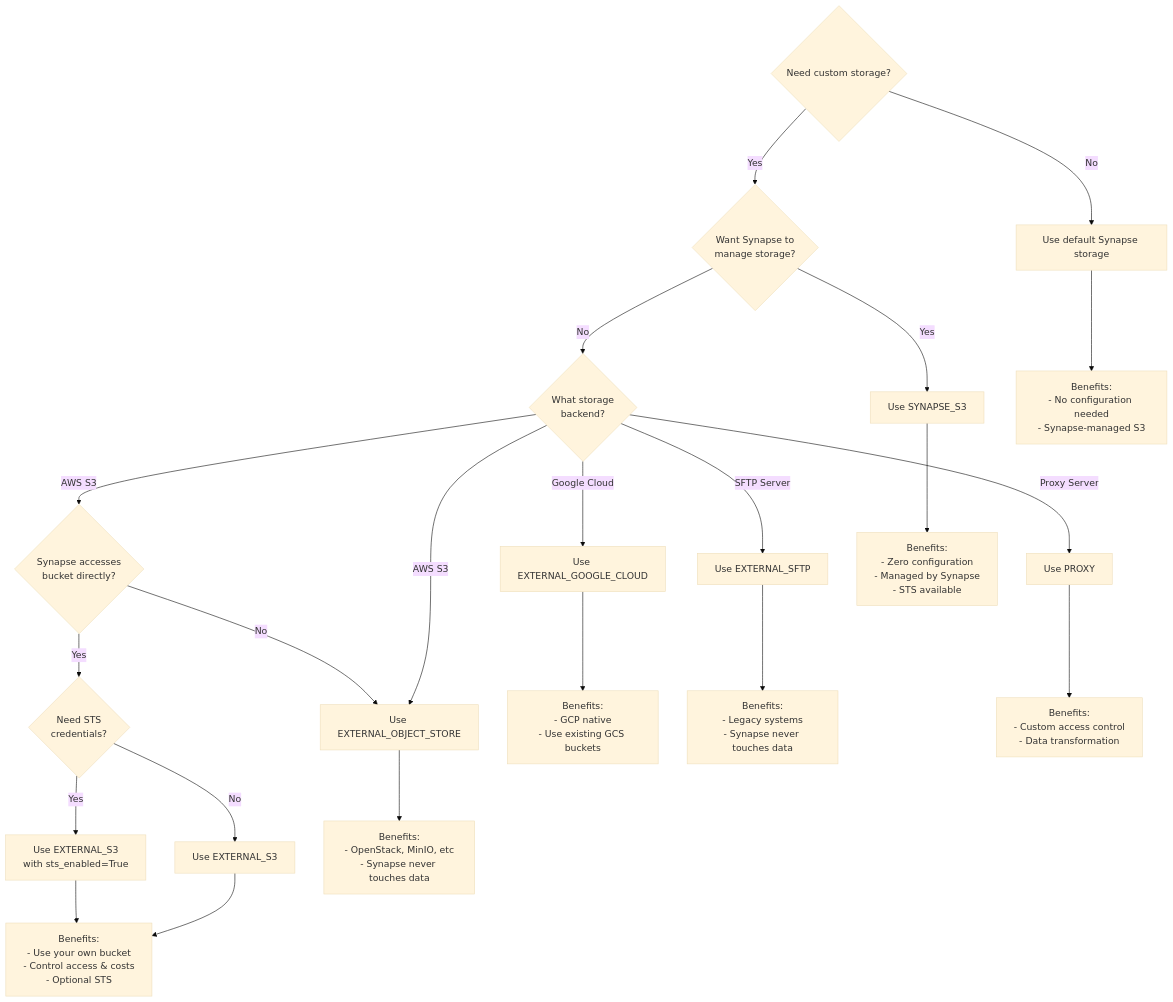
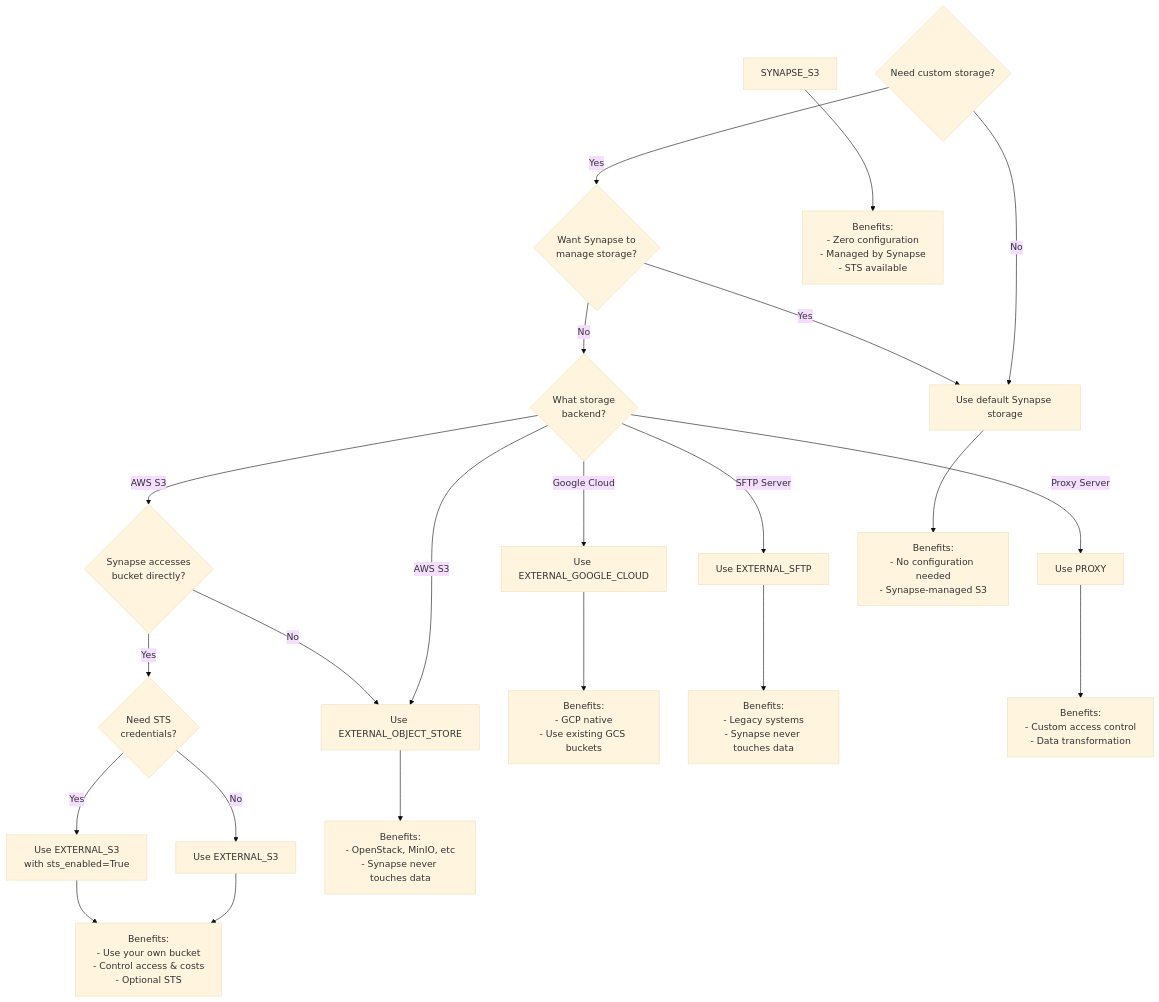
One commit to Sage-Bionetworks/synapsePythonClient changed the third of 10 diagrams in docs/explanations/storage_location_architecture.md. Above: the diagram before and after it, drawn with Mermaid (base theme). The commit also changed other lines of this file and 3 other files, not shown here.

````diff
--- a/docs/explanations/storage_location_architecture.md
+++ b/docs/explanations/storage_location_architecture.md
@@ -271,30 +271,30 @@
 ```mermaid
 flowchart TB
     Start{Need custom storage?}
     Start -->|No| DEFAULT[Use default Synapse storage]
     Start -->|Yes| Q1{Want Synapse to<br/>manage storage?}
 
-    Q1 -->|Yes| SYNAPSE_S3[Use SYNAPSE_S3]
+    Q1 -->|Yes| DEFAULT[Use default Synapse storage]
     Q1 -->|No| Q2{What storage<br/>backend?}
 
     Q2 -->|AWS S3| Q3{Synapse accesses<br/>bucket directly?}
     Q2 -->|Google Cloud| EXTERNAL_GOOGLE_CLOUD[Use EXTERNAL_GOOGLE_CLOUD]
     Q2 -->|SFTP Server| EXTERNAL_SFTP[Use EXTERNAL_SFTP]
     Q2 -->|Proxy Server| PROXY[Use PROXY]
     Q2 -->|AWS S3 | EXTERNAL_OBJECT_STORE[Use EXTERNAL_OBJECT_STORE]
 
     Q3 -->|Yes| Q4{Need STS<br/>credentials?}
     Q3 -->|No| EXTERNAL_OBJECT_STORE
 
     Q4 -->|Yes| EXTERNAL_S3_STS[Use EXTERNAL_S3<br/>with sts_enabled=True]
     Q4 -->|No| EXTERNAL_S3[Use EXTERNAL_S3]
 
     SYNAPSE_S3 --> Benefits1[Benefits:<br/>- Zero configuration<br/>- Managed by Synapse<br/>- STS available]
     EXTERNAL_S3 --> Benefits2[Benefits:<br/>- Use your own bucket<br/>- Control access & costs<br/>- Optional STS]
     EXTERNAL_S3_STS --> Benefits2
     EXTERNAL_GOOGLE_CLOUD --> Benefits3[Benefits:<br/>- GCP native<br/>- Use existing GCS buckets]
     EXTERNAL_SFTP --> Benefits4[Benefits:<br/>- Legacy systems<br/>- Synapse never touches data]
     EXTERNAL_OBJECT_STORE --> Benefits5[Benefits:<br/>- OpenStack, MinIO, etc<br/>- Synapse never touches data]
     PROXY --> Benefits6[Benefits:<br/>- Custom access control<br/>- Data transformation]
     DEFAULT --> Benefits0[Benefits:<br/>- No configuration needed<br/>- Synapse-managed S3]
 ```
````
